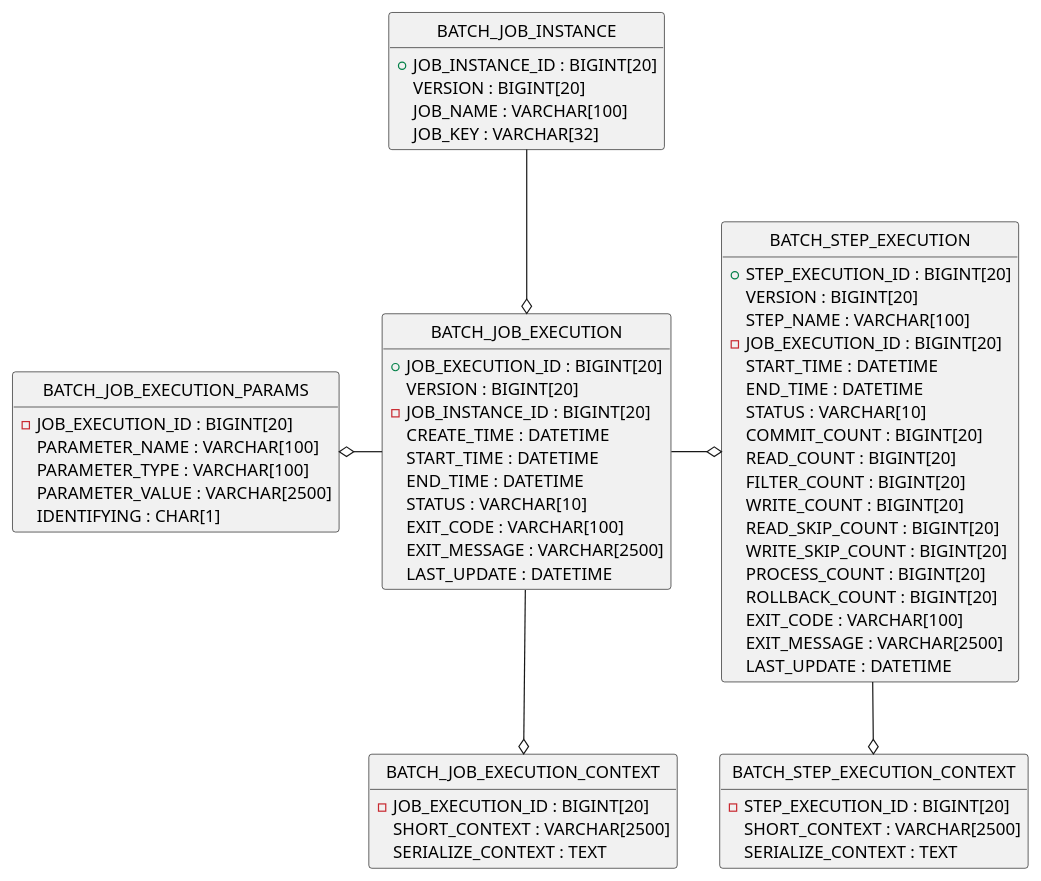
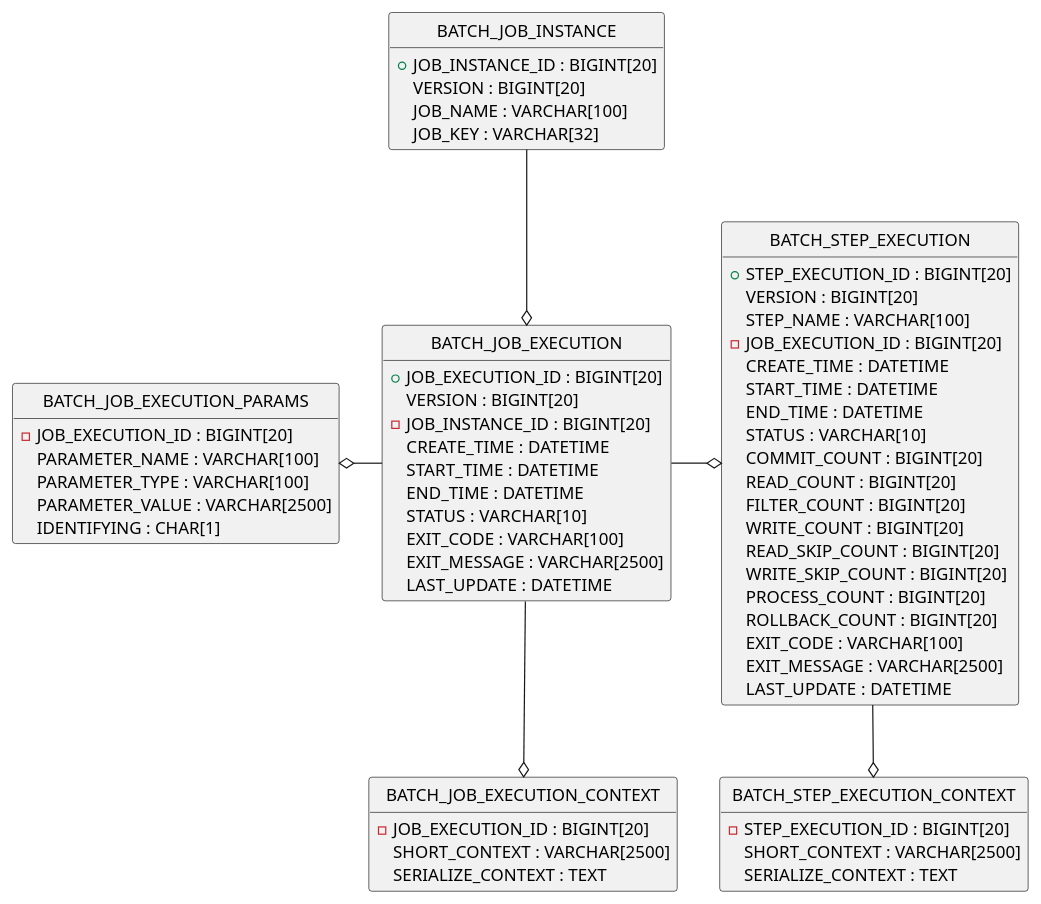
The diagram in src/main/asciidoc/images/ch02/SpringBatchArchitecture/Ch02_SpringBatchArchitecture_Architecture_ER.pu (Macchinetta/batch-guideline), drawn with PlantUML before and after one commit. The commit also changed 49 other files, not shown here.

```diff
--- a/src/main/asciidoc/images/ch02/SpringBatchArchitecture/Ch02_SpringBatchArchitecture_Architecture_ER.pu
+++ b/src/main/asciidoc/images/ch02/SpringBatchArchitecture/Ch02_SpringBatchArchitecture_Architecture_ER.pu
@@ -1,105 +1,106 @@
 @startuml
 
 hide class circle
 hide empty methods
 
 class BATCH_JOB_INSTANCE {
   + JOB_INSTANCE_ID : BIGINT[20]
   VERSION : BIGINT[20]
   JOB_NAME : VARCHAR[100]
   JOB_KEY : VARCHAR[32]
 }
 
 class BATCH_JOB_EXECUTION {
   + JOB_EXECUTION_ID : BIGINT[20]
   VERSION : BIGINT[20]
   - JOB_INSTANCE_ID : BIGINT[20]
   CREATE_TIME : DATETIME
   START_TIME : DATETIME
   END_TIME : DATETIME
   STATUS : VARCHAR[10]
   EXIT_CODE : VARCHAR[100]
   EXIT_MESSAGE : VARCHAR[2500]
   LAST_UPDATE : DATETIME
 }
 
 class BATCH_JOB_EXECUTION_PARAMS {
   - JOB_EXECUTION_ID : BIGINT[20]
   PARAMETER_NAME : VARCHAR[100]
   PARAMETER_TYPE : VARCHAR[100]
   PARAMETER_VALUE : VARCHAR[2500]
   IDENTIFYING : CHAR[1]
 }
 class BATCH_JOB_EXECUTION_CONTEXT {
   - JOB_EXECUTION_ID : BIGINT[20]
   SHORT_CONTEXT : VARCHAR[2500]
   SERIALIZE_CONTEXT : TEXT
 }
 
 class BATCH_STEP_EXECUTION {
   + STEP_EXECUTION_ID : BIGINT[20]
   VERSION : BIGINT[20]
   STEP_NAME : VARCHAR[100]
   - JOB_EXECUTION_ID : BIGINT[20]
+  CREATE_TIME : DATETIME
   START_TIME : DATETIME
   END_TIME : DATETIME
   STATUS : VARCHAR[10]
   COMMIT_COUNT : BIGINT[20]
   READ_COUNT : BIGINT[20]
   FILTER_COUNT : BIGINT[20]
   WRITE_COUNT : BIGINT[20]
   READ_SKIP_COUNT : BIGINT[20]
   WRITE_SKIP_COUNT : BIGINT[20]
   PROCESS_COUNT : BIGINT[20]
   ROLLBACK_COUNT : BIGINT[20]
   EXIT_CODE : VARCHAR[100]
   EXIT_MESSAGE : VARCHAR[2500]
   LAST_UPDATE : DATETIME
 }
 
 class BATCH_STEP_EXECUTION_CONTEXT {
   - STEP_EXECUTION_ID : BIGINT[20]
   SHORT_CONTEXT : VARCHAR[2500]
   SERIALIZE_CONTEXT : TEXT
 }
 
 
 BATCH_JOB_INSTANCE --o BATCH_JOB_EXECUTION
 BATCH_JOB_EXECUTION -left-o BATCH_JOB_EXECUTION_PARAMS
 BATCH_JOB_EXECUTION --o BATCH_JOB_EXECUTION_CONTEXT
 BATCH_JOB_EXECUTION -right-o BATCH_STEP_EXECUTION
 BATCH_STEP_EXECUTION --o BATCH_STEP_EXECUTION_CONTEXT
 
 'Set styles such as format and color of each figure
 skinparam Note {
   BackgroundColor #b1f8fa
   BorderColor black
 }
 
 skinparam Class {
   BorderColor black
   ArrowColor black
 }
 
 skinparam Sequence {
   BorderColor black
   ActorBorderColor black
   ArrowColor black
   LifeLineBorderColor black
   BoxLineColor black
   ParticipantBorderColor black
 }
 
 skinparam componentStyle uml2
 
 skinparam Component {
   BorderColor black
   ArrowColor black
 }
 
 skinparam Interface {
   BorderColor black
   ArrowColor black
 }
 
 @enduml
```
